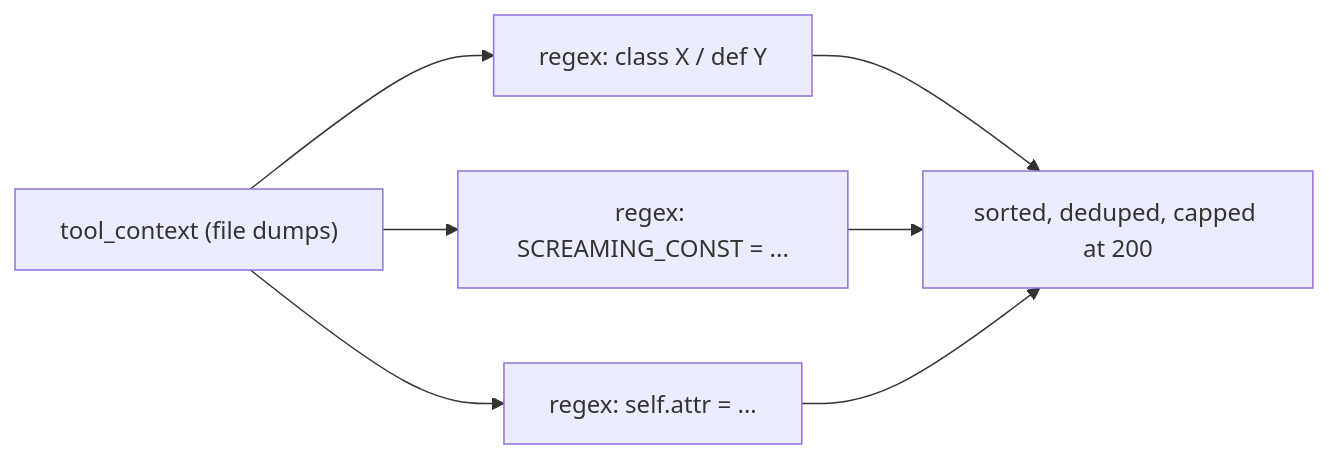
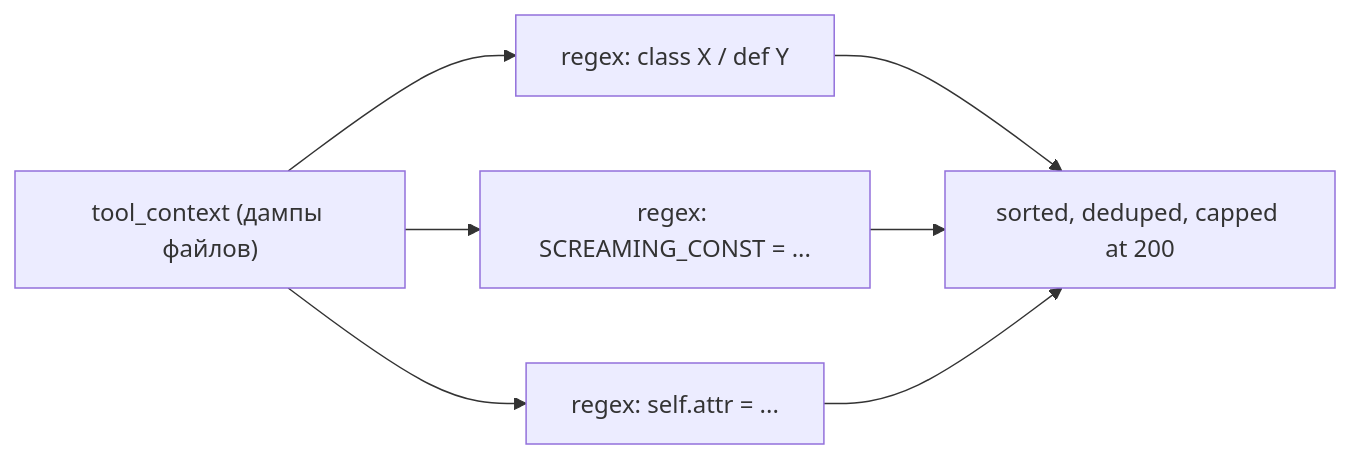
Before and after one commit to gjaloyan/hrant: the eighth of 12 diagrams in docs/architecture.md, drawn with Mermaid. The commit also changed other lines of this file, not shown here.

First line of the commit message:
docs(architecture): translate to Russian

````diff
--- a/docs/architecture.md
+++ b/docs/architecture.md
@@ -393,9 +393,9 @@
 ```mermaid
 flowchart LR
-    TC["tool_context (file dumps)"]
+    TC["tool_context (дампы файлов)"]
     P1["regex: class X / def Y"]
     P2["regex: SCREAMING_CONST = ..."]
     P3["regex: self.attr = ..."]
     SET["sorted, deduped, capped at 200"]
     TC --> P1 & P2 & P3 --> SET
 ```
````
